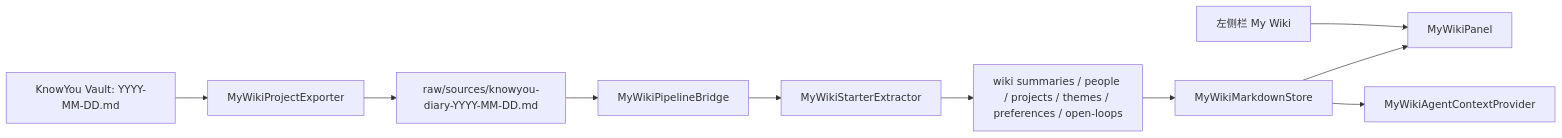
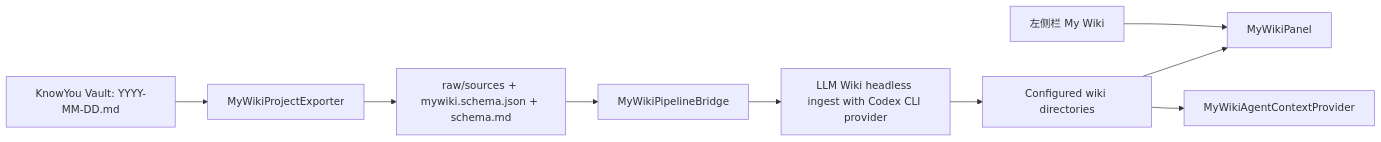
The third of 3 diagrams in docs/architecture.md (gift-is-coding/know-you-open-source), drawn with Mermaid before and after one commit. The commit also changed other lines of this file and 55 other files, not shown here.

Commit message:
feat: add schema-driven my wiki checkpoint

````diff
--- a/docs/architecture.md
+++ b/docs/architecture.md
@@ -657,12 +662,11 @@
 ```mermaid
 flowchart LR
     A["KnowYou Vault: YYYY-MM-DD.md"] --> B["MyWikiProjectExporter"]
-    B --> C["raw/sources/knowyou-diary-YYYY-MM-DD.md"]
+    B --> C["raw/sources + mywiki.schema.json + schema.md"]
     C --> D["MyWikiPipelineBridge"]
-    D --> J["MyWikiStarterExtractor"]
-    J --> E["wiki summaries / people / projects / themes / preferences / open-loops"]
-    E --> F["MyWikiMarkdownStore"]
+    D --> E["LLM Wiki headless ingest with Codex CLI provider"]
+    E --> F["Configured wiki directories"]
     F --> G["MyWikiPanel"]
     F --> H["MyWikiAgentContextProvider"]
     I["左侧栏 My Wiki"] --> G
 ```
````
